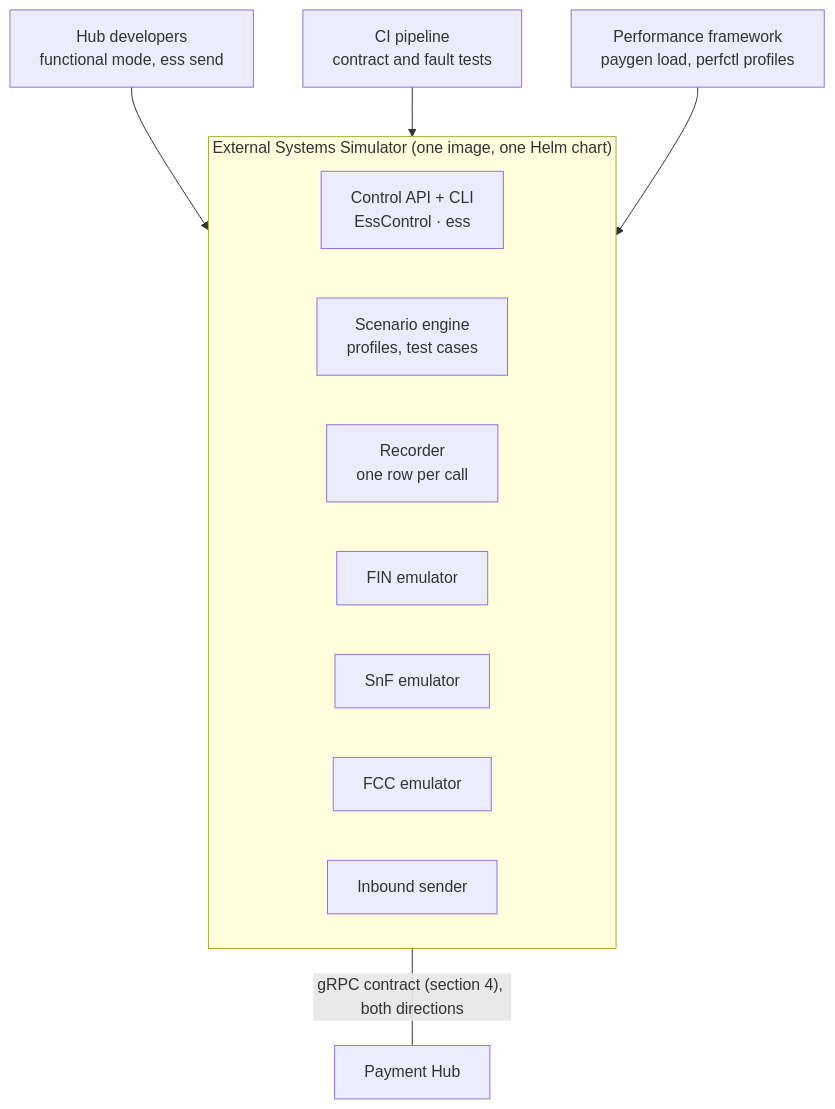
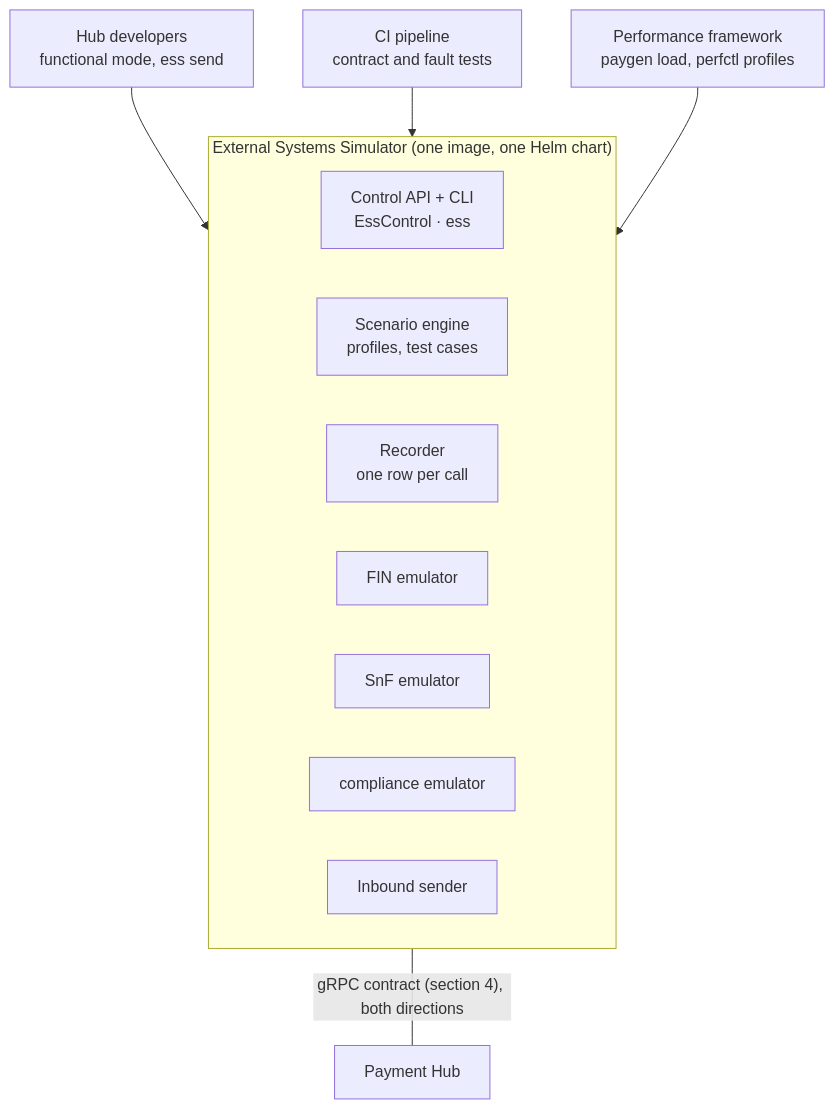
One commit to QMultiverse/PerfObservability changed the fifth of 5 diagrams in docs/platform-design.md. Above: the diagram before and after it, drawn with Mermaid. The commit also changed other lines of this file and 158 other files, not shown here.

````diff
--- a/docs/platform-design.md
+++ b/docs/platform-design.md
@@ -379,16 +379,16 @@
 ```mermaid
 flowchart TB
   DEV["Hub developers<br/>functional mode, ess send"] --> ESS
   CI["CI pipeline<br/>contract and fault tests"] --> ESS
   PERF["Performance framework<br/>paygen load, perfctl profiles"] --> ESS
   subgraph ESS["External Systems Simulator (one image, one Helm chart)"]
     CTL["Control API + CLI<br/>EssControl · ess"]
     SCN["Scenario engine<br/>profiles, test cases"]
     REC["Recorder<br/>one row per call"]
     FINE["FIN emulator"]
     SNFE["SnF emulator"]
-    FCCE["FCC emulator"]
+    CMPE["compliance emulator"]
     SND["Inbound sender"]
   end
   ESS -- "gRPC contract (section 4), both directions" --- HUB["Payment Hub"]
 ```
````
